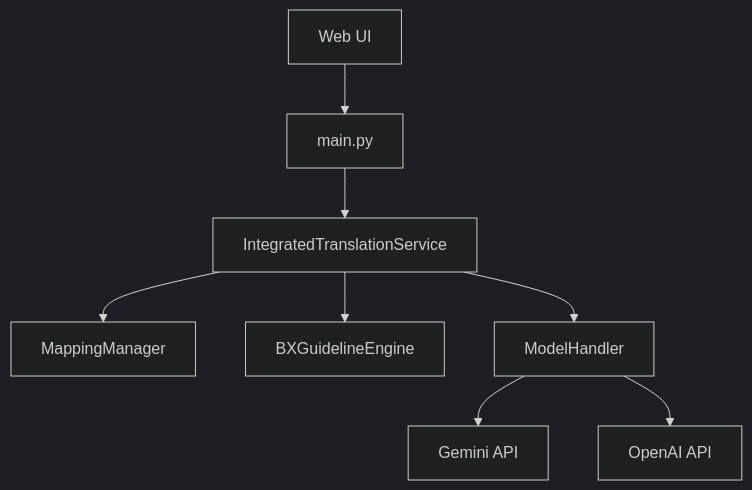
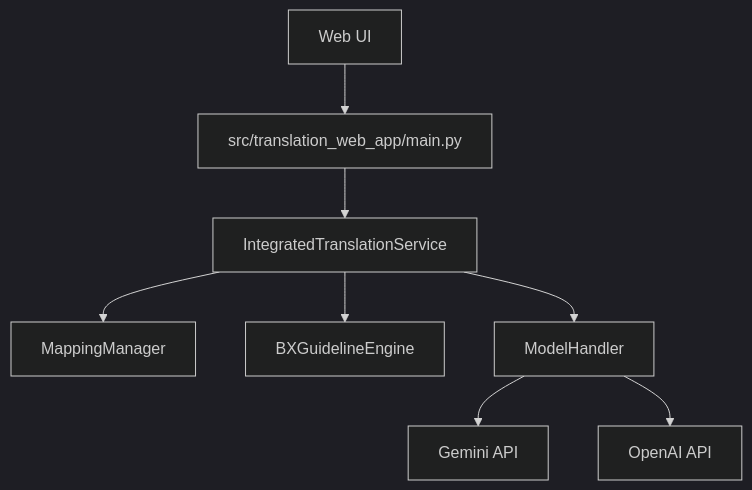
Before and after one commit to oyes-ui/SmartThings_translation_web_app: the diagram in docs/walkthrough.md, drawn with Mermaid (dark theme). The commit also changed 37 other files, not shown here.

````diff
--- a/docs/walkthrough.md
+++ b/docs/walkthrough.md
@@ -32,10 +32,10 @@
 ```mermaid
 graph TD
-    UI[Web UI] --> Main[main.py]
+    UI[Web UI] --> Main[src/translation_web_app/main.py]
     Main --> ITS[IntegratedTranslationService]
     ITS --> MM[MappingManager]
     ITS --> BX[BXGuidelineEngine]
     ITS --> MH[ModelHandler]
     MH --> Gemini[Gemini API]
     MH --> GPT[OpenAI API]
 ```
````
